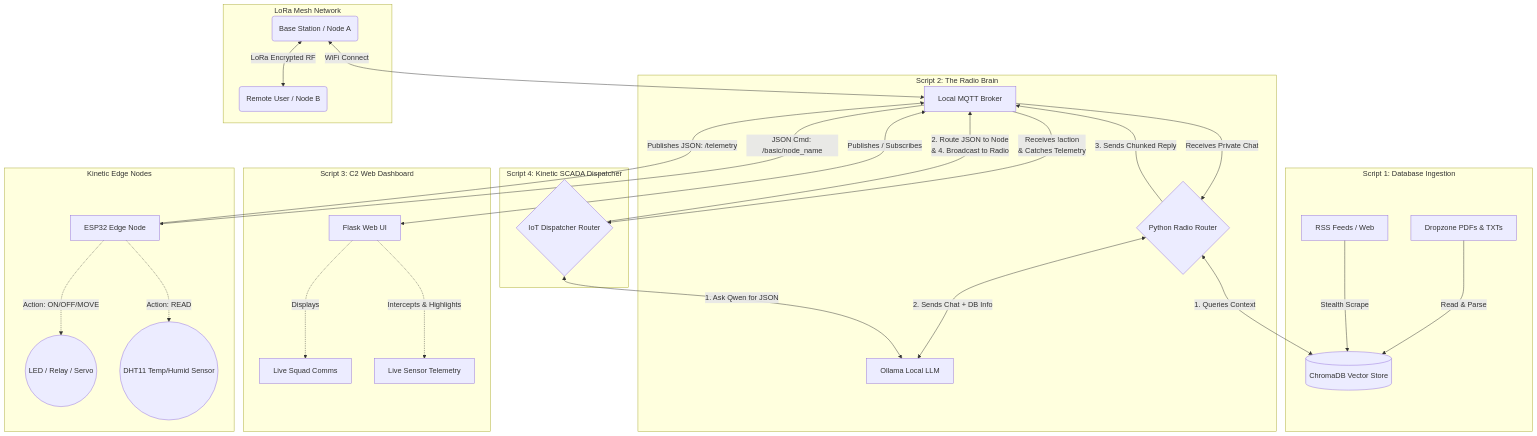
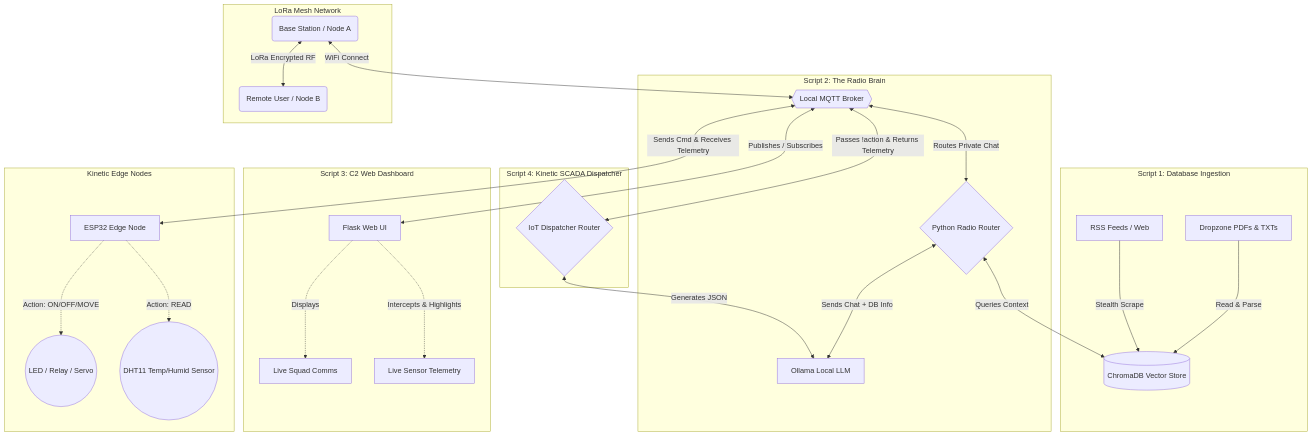
Before and after one commit to Sfd-nz/GhostNode-AI: the diagram in README.md, drawn with Mermaid.

````diff
--- a/README.md
+++ b/README.md
@@ -189,44 +189,50 @@
 ```mermaid
 graph TD
+    %% Core Shared Components (Placed outside subgraphs to prevent routing crashes)
+    E{{"Local MQTT Broker"}}
+    F["Ollama Local LLM"]
+    C[("ChromaDB Vector Store")]
+
     %% Script 1 Workflow
-    subgraph Script 1: Database Ingestion
-        A[Dropzone PDFs & TXTs] -->|Read & Parse| C[(ChromaDB Vector Store)]
+    subgraph S1 [Script 1: Database Ingestion]
+        A[Dropzone PDFs & TXTs] -->|Read & Parse| C
         B[RSS Feeds / Web] -->|Stealth Scrape| C
     end
 
     %% Script 2 Workflow
-    subgraph Script 2: The Radio Brain
-        E[Local MQTT Broker] -->|Receives Private Chat| D{Python Radio Router}
-        D <-->|1. Queries Context| C
-        D <-->|2. Sends Chat + DB Info| F[Ollama Local LLM]
-        D -->|3. Sends Chunked Reply| E
+    subgraph S2 [Script 2: The Radio Brain]
+        D{Python Radio Router}
+        E <-->|Routes Private Chat| D
+        D <-->|Queries Context| C
+        D <-->|Sends Chat + DB Info| F
     end
 
-    %% Script 3 Workflow (NEW: Operations Center)
-    subgraph Script 3: C2 Web Dashboard
-        E <-->|Publishes / Subscribes| W[Flask Web UI]
+    %% Script 3 Workflow
+    subgraph S3 [Script 3: C2 Web Dashboard]
+        W[Flask Web UI]
+        E <-->|Publishes / Subscribes| W
         W -.->|Displays| X[Live Squad Comms]
         W -.->|Intercepts & Highlights| Y[Live Sensor Telemetry]
     end
 
-    %% Script 4 Workflow (UPDATED: Bidirectional Dispatcher)
-    subgraph Script 4: Kinetic SCADA Dispatcher
-        E -->|"Receives !action <br> & Catches Telemetry"| I{IoT Dispatcher Router}
-        I <-->|1. Ask Qwen for JSON| F
-        I -->|"2. Route JSON to Node <br> & 4. Broadcast to Radio"| E
+    %% Script 4 Workflow
+    subgraph S4 [Script 4: Kinetic SCADA Dispatcher]
+        I{IoT Dispatcher Router}
+        E <-->|Passes !action & Returns Telemetry| I
+        I <-->|Generates JSON| F
     end
 
     %% Hardware/Mesh Workflow
-    subgraph LoRa Mesh Network
+    subgraph Mesh [LoRa Mesh Network]
         G(Base Station / Node A) <-->|WiFi Connect| E
         G <-->|LoRa Encrypted RF| H(Remote User / Node B)
     end
 
-    %% Edge Nodes Workflow (UPDATED: Telemetry Loop)
-    subgraph Kinetic Edge Nodes
-        E -->|JSON Cmd: /basic/node_name| J[ESP32 Edge Node]
+    %% Edge Nodes Workflow
+    subgraph Edge [Kinetic Edge Nodes]
+        J[ESP32 Edge Node]
+        E <-->|Sends Cmd & Receives Telemetry| J
         J -.->|Action: ON/OFF/MOVE| L((LED / Relay / Servo))
         J -.->|Action: READ| M((DHT11 Temp/Humid Sensor))
-        J -->|Publishes JSON: /telemetry| E
     end
 ```
````
